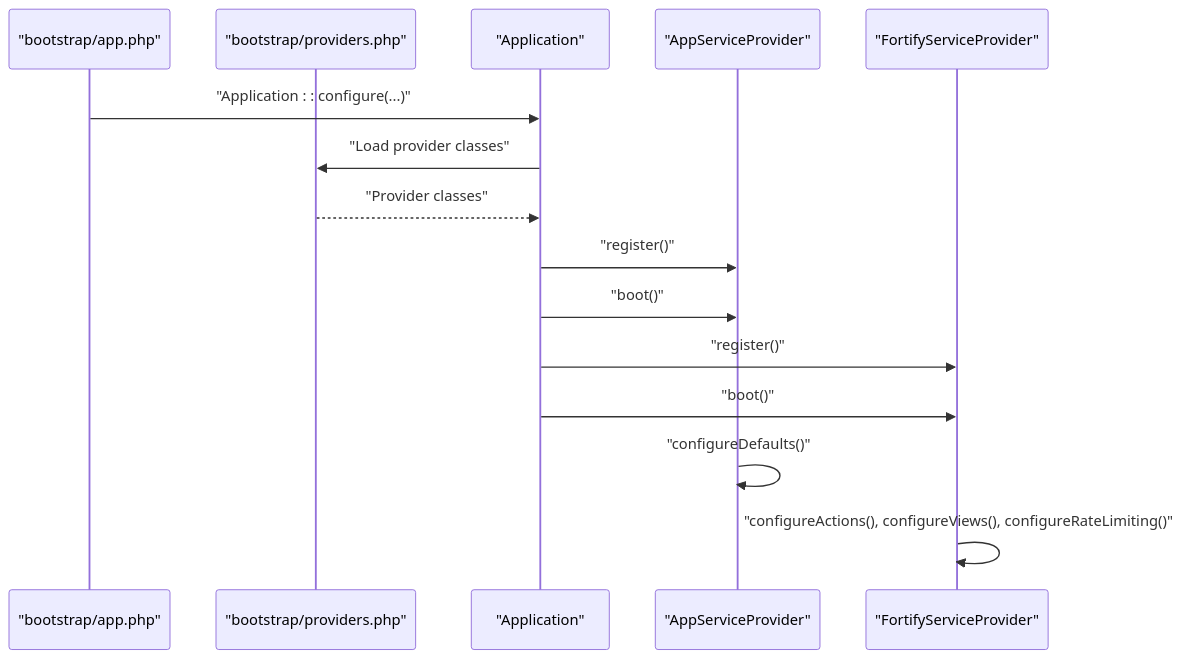
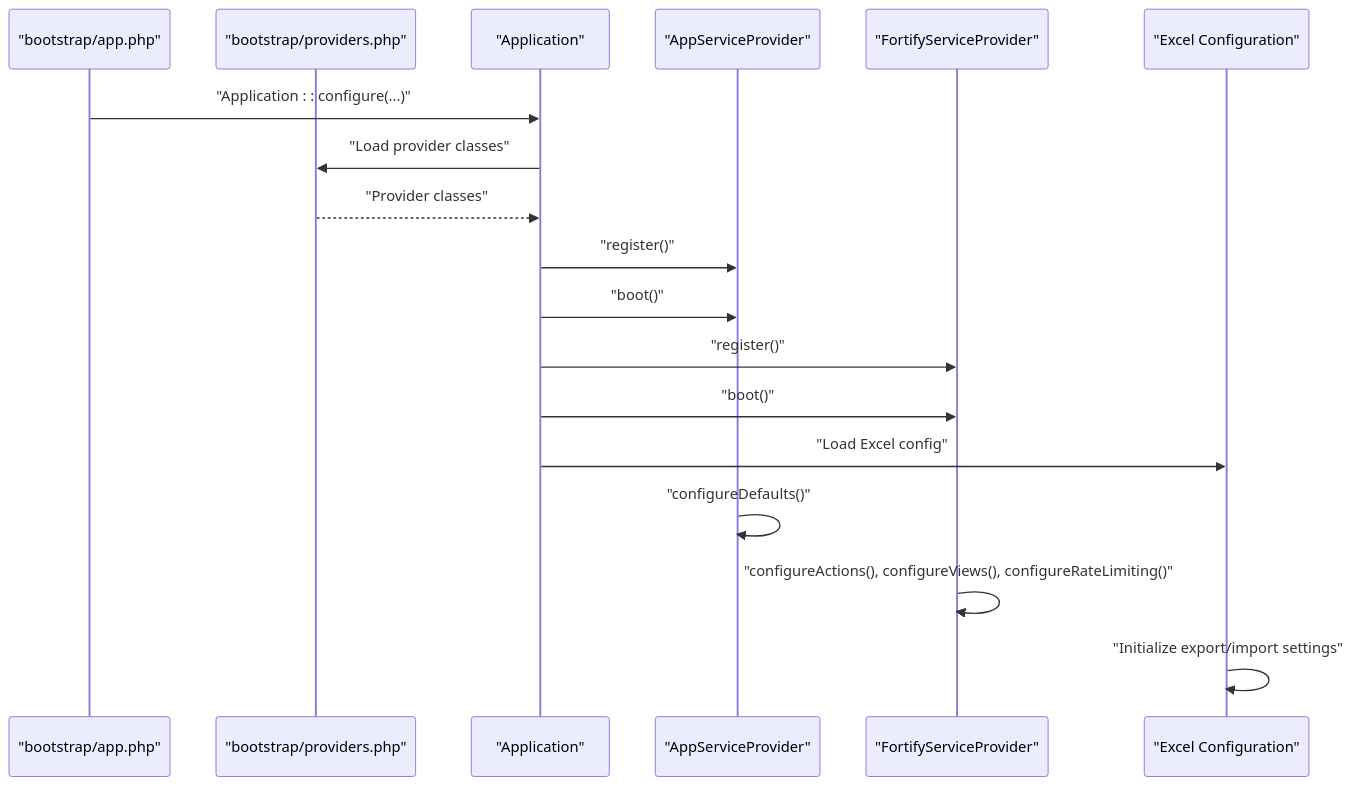
One commit to PA-Penajam/kepegawaian_apps changed the second of 7 diagrams in .qoder/repowiki/en/content/Backend Architecture/Provider & Configuration.md. Above: the diagram before and after it, drawn with Mermaid. The commit also changed other lines of this file and 5 other files, not shown here.

````diff
--- a/.qoder/repowiki/en/content/Backend Architecture/Provider & Configuration.md
+++ b/.qoder/repowiki/en/content/Backend Architecture/Provider & Configuration.md
@@ -105,17 +139,20 @@
 ```mermaid
 sequenceDiagram
 participant Boot as "bootstrap/app.php"
 participant ProvReg as "bootstrap/providers.php"
 participant App as "Application"
 participant ASP as "AppServiceProvider"
 participant FSP as "FortifyServiceProvider"
+participant ExcelCfg as "Excel Configuration"
 Boot->>App : "Application : : configure(...)"
 App->>ProvReg : "Load provider classes"
 ProvReg-->>App : "Provider classes"
 App->>ASP : "register()"
 App->>ASP : "boot()"
 App->>FSP : "register()"
 App->>FSP : "boot()"
+App->>ExcelCfg : "Load Excel config"
 ASP->>ASP : "configureDefaults()"
 FSP->>FSP : "configureActions(), configureViews(), configureRateLimiting()"
+ExcelCfg->>ExcelCfg : "Initialize export/import settings"
 ```
````
